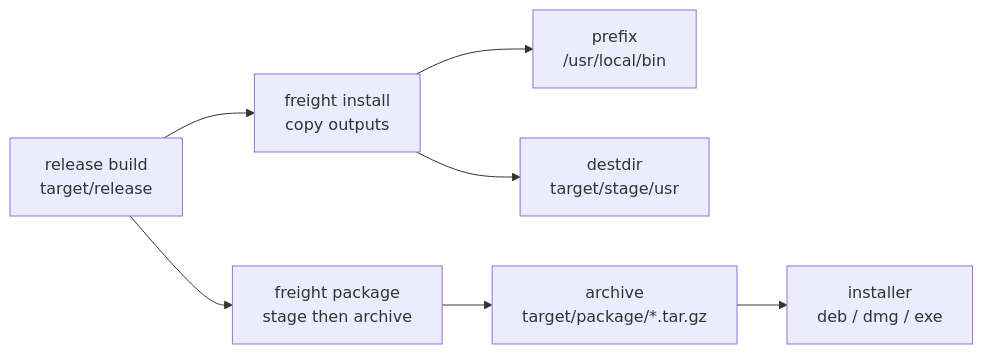
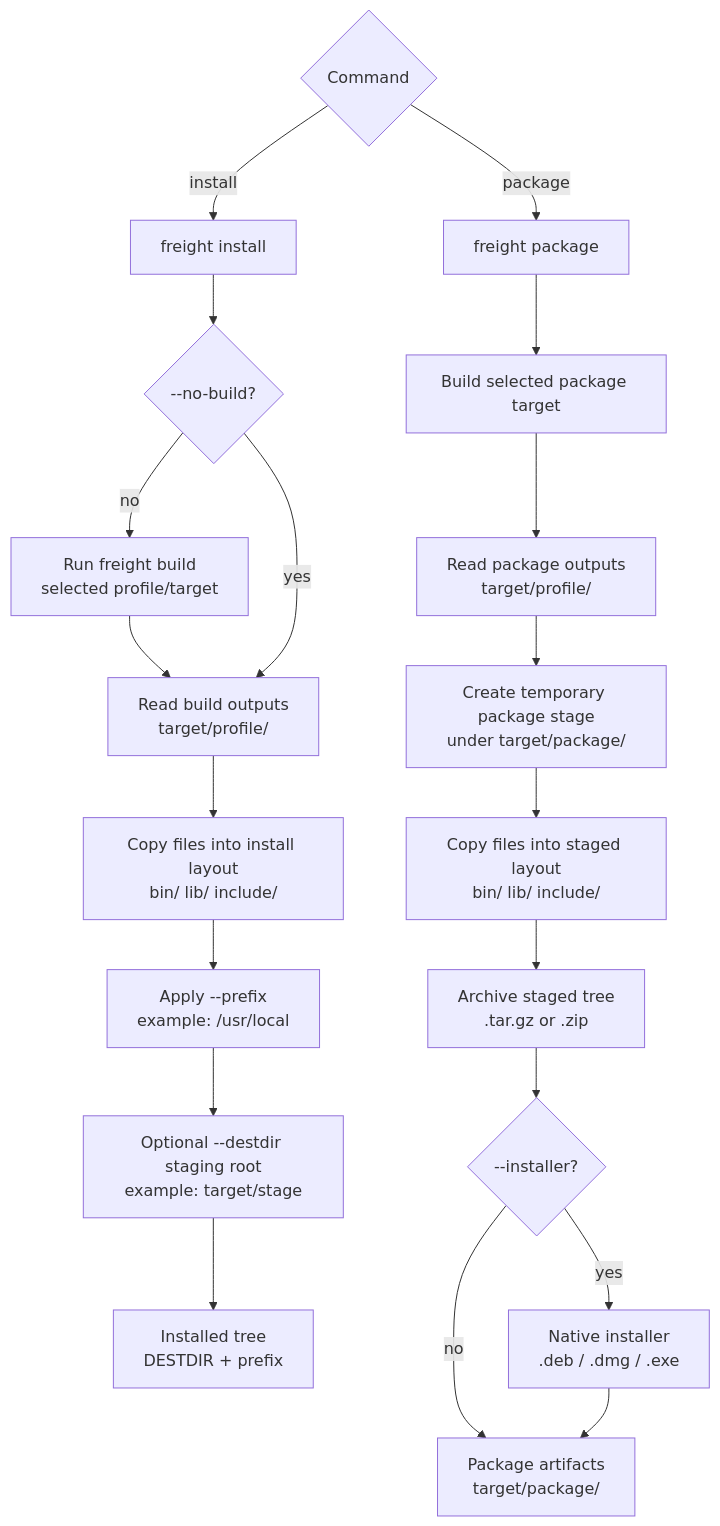
Before and after one commit to freight-app/freight-docs: the diagram in diagrams/install-package.mmd, drawn with Mermaid. The commit also changed 7 other files, not shown here.

Commit message:
docs: clarify process diagrams

```diff
--- a/diagrams/install-package.mmd
+++ b/diagrams/install-package.mmd
@@ -1,15 +1,33 @@
-flowchart LR
-  release["release build<br/>target/release"]
-  install["freight install<br/>copy outputs"]
-  package["freight package<br/>stage then archive"]
-  prefix["prefix<br/>/usr/local/bin"]
-  destdir["destdir<br/>target/stage/usr"]
-  archive["archive<br/>target/package/*.tar.gz"]
-  installer["installer<br/>deb / dmg / exe"]
+flowchart TD
+  command{"Command"}
 
-  release --> install
-  release --> package
-  install --> prefix
-  install --> destdir
-  package --> archive
-  archive --> installer
+  install["freight install"]
+  installBuild{"--no-build?"}
+  buildInstall["Run freight build<br/>selected profile/target"]
+  installOutputs["Read build outputs<br/>target/profile/"]
+
+  installTree["Copy files into install layout<br/>bin/ lib/ include/"]
+  prefix["Apply --prefix<br/>example: /usr/local"]
+  destdir["Optional --destdir staging root<br/>example: target/stage"]
+  installed["Installed tree<br/>DESTDIR + prefix"]
+
+  package["freight package"]
+  packageBuild["Build selected package target"]
+  packageOutputs["Read package outputs<br/>target/profile/"]
+  stage["Create temporary package stage<br/>under target/package/"]
+  stageLayout["Copy files into staged layout<br/>bin/ lib/ include/"]
+  archive["Archive staged tree<br/>.tar.gz or .zip"]
+  native{"--installer?"}
+  installer["Native installer<br/>.deb / .dmg / .exe"]
+  artifacts["Package artifacts<br/>target/package/"]
+
+  command -- "install" --> install --> installBuild
+  installBuild -- "no" --> buildInstall --> installOutputs
+  installBuild -- "yes" --> installOutputs
+  installOutputs --> installTree
+  installTree --> prefix --> destdir --> installed
+
+  command -- "package" --> package --> packageBuild --> packageOutputs
+  packageOutputs --> stage --> stageLayout --> archive --> native
+  native -- "no" --> artifacts
+  native -- "yes" --> installer --> artifacts
```
